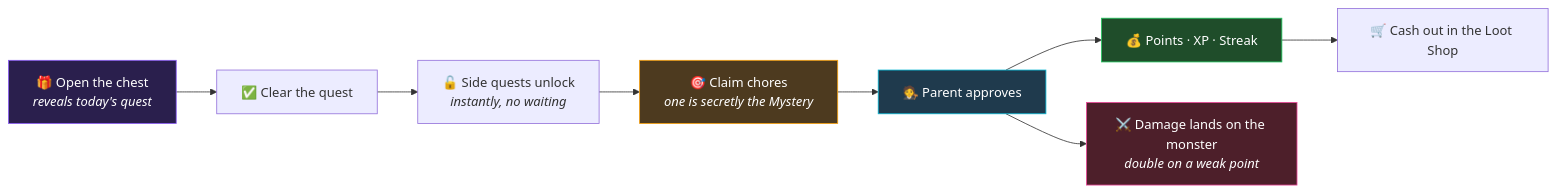
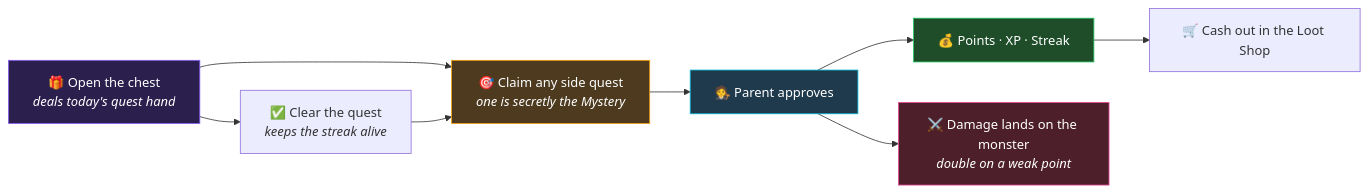
Before and after one commit to developworkwright/levelup-chores: the diagram in README.md, drawn with Mermaid. The commit also changed other lines of this file and 43 other files, not shown here.

Commit message:
Main Quest no longer required for side quests

````diff
--- a/README.md
+++ b/README.md
@@ -44,16 +44,16 @@
 ```mermaid
 flowchart LR
-    A["🎁 Open the chest<br/><i>reveals today's quest</i>"] --> B["✅ Clear the quest"]
-    B --> C["🔓 Side quests unlock<br/><i>instantly, no waiting</i>"]
-    C --> D["🎯 Claim chores<br/><i>one is secretly the Mystery</i>"]
+    A["🎁 Open the chest<br/><i>deals today's quest hand</i>"] --> B["✅ Clear the quest<br/><i>keeps the streak alive</i>"]
+    A --> D["🎯 Claim any side quest<br/><i>one is secretly the Mystery</i>"]
+    B --> D
     D --> E["🧑‍⚖️ Parent approves"]
     E --> F["💰 Points · XP · Streak"]
     E --> H["⚔️ Damage lands on the monster<br/><i>double on a weak point</i>"]
     F --> G["🛒 Cash out in the Loot Shop"]
 
     style A fill:#2a1f4d,stroke:#8b5cf6,color:#fff
     style D fill:#4d3a1f,stroke:#f59e0b,color:#fff
     style E fill:#1f3a4d,stroke:#06b6d4,color:#fff
     style F fill:#1f4d2a,stroke:#22c55e,color:#fff
     style H fill:#4d1f2a,stroke:#ec4899,color:#fff
 ```
````
